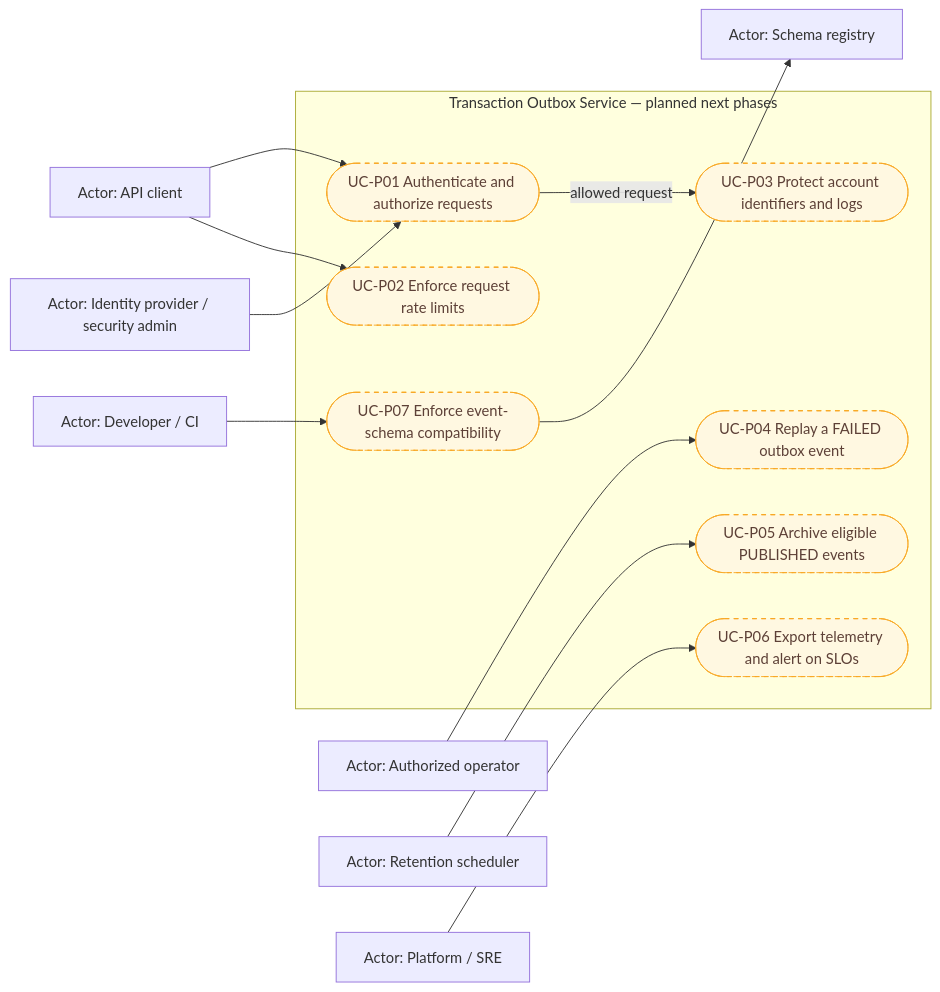
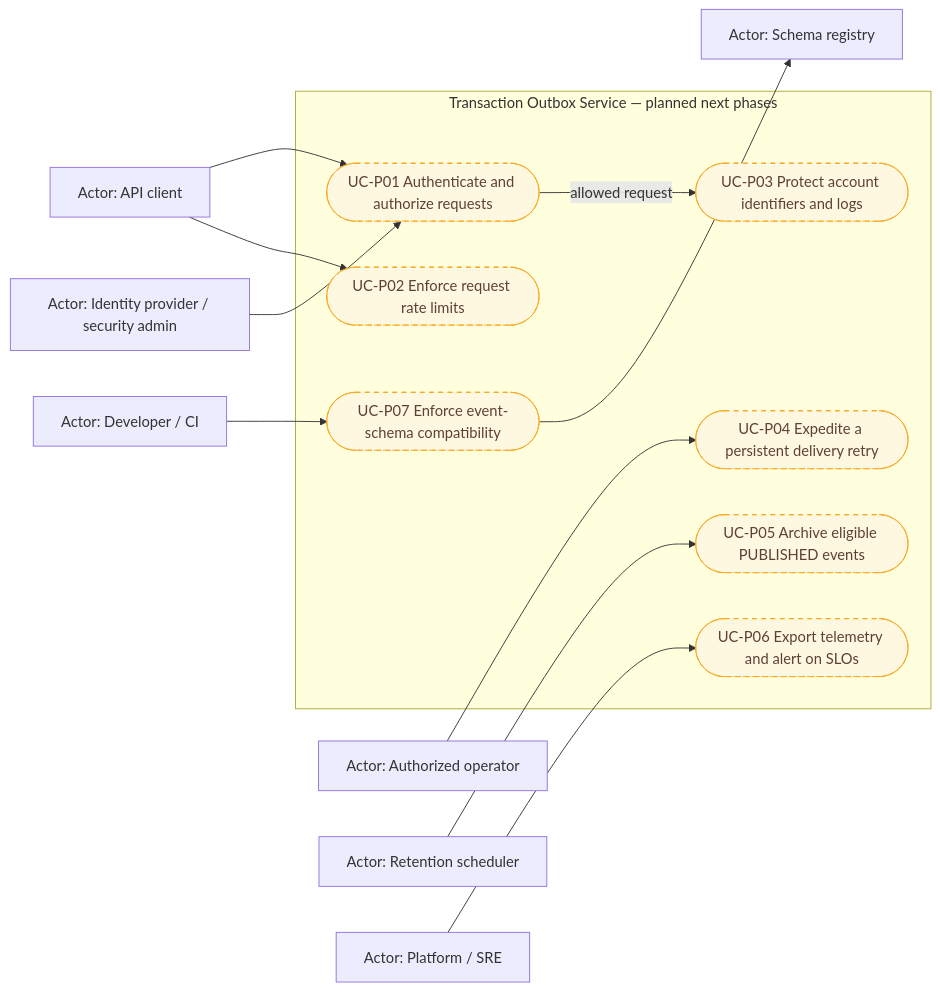
The third of 3 diagrams in docs/use-cases.md (tarunngusain08/transaction-outbox-service), drawn with Mermaid before and after one commit. The commit also changed other lines of this file and 25 other files, not shown here.

Commit message:
fix(outbox): guarantee recoverable delivery ownership

````diff
--- a/docs/use-cases.md
+++ b/docs/use-cases.md
@@ -112,33 +112,33 @@
 ```mermaid
 flowchart LR
     apiClient["Actor: API client"]
     identity["Actor: Identity provider / security admin"]
     operator["Actor: Authorized operator"]
     retention["Actor: Retention scheduler"]
     platform["Actor: Platform / SRE"]
     deliveryTeam["Actor: Developer / CI"]
     schemaRegistry["Actor: Schema registry"]
 
     subgraph planned["Transaction Outbox Service — planned next phases"]
         p01(["UC-P01 Authenticate and authorize requests"])
         p02(["UC-P02 Enforce request rate limits"])
         p03(["UC-P03 Protect account identifiers and logs"])
-        p04(["UC-P04 Replay a FAILED outbox event"])
+        p04(["UC-P04 Expedite a persistent delivery retry"])
         p05(["UC-P05 Archive eligible PUBLISHED events"])
         p06(["UC-P06 Export telemetry and alert on SLOs"])
         p07(["UC-P07 Enforce event-schema compatibility"])
     end
 
     apiClient --> p01
     identity --> p01
     apiClient --> p02
     p01 -->|allowed request| p03
     operator --> p04
     retention --> p05
     platform --> p06
     deliveryTeam --> p07
     p07 --> schemaRegistry
 
     classDef planned fill:#fff8e1,stroke:#f9a825,color:#5d4037,stroke-dasharray:5 5;
     class p01,p02,p03,p04,p05,p06,p07 planned;
 ```
````
